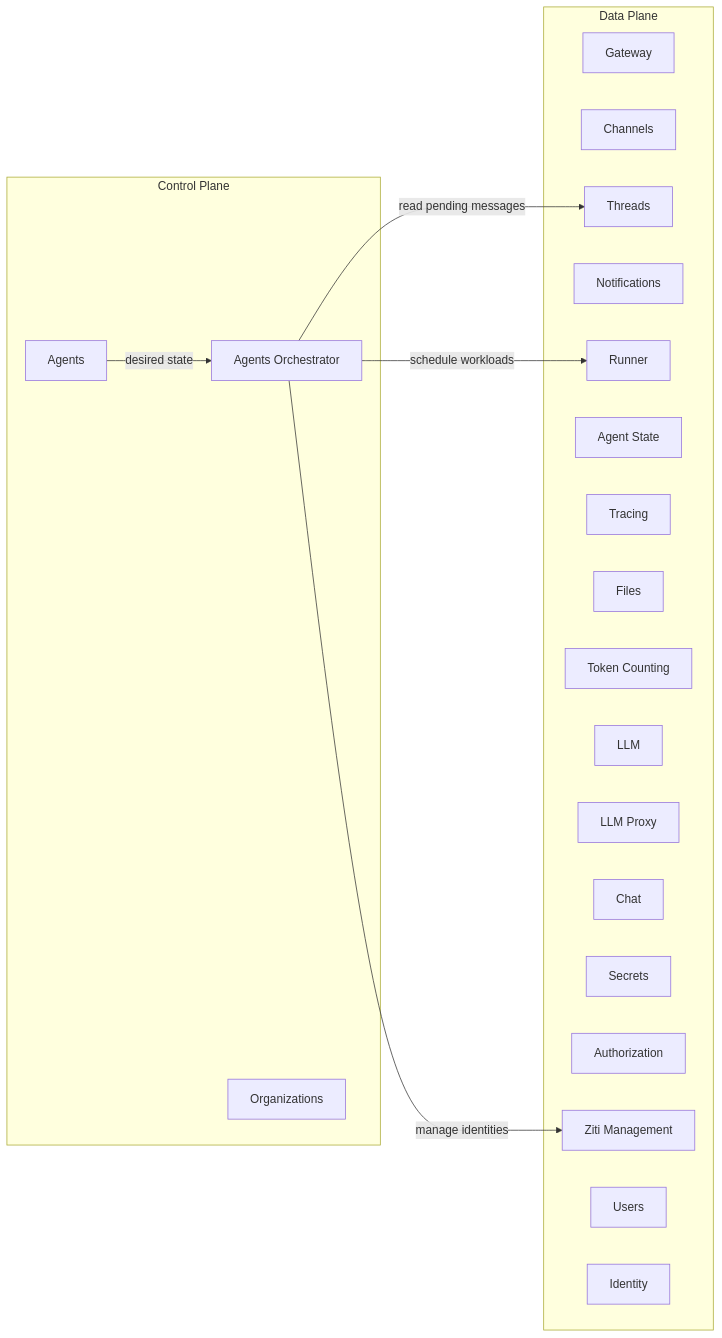
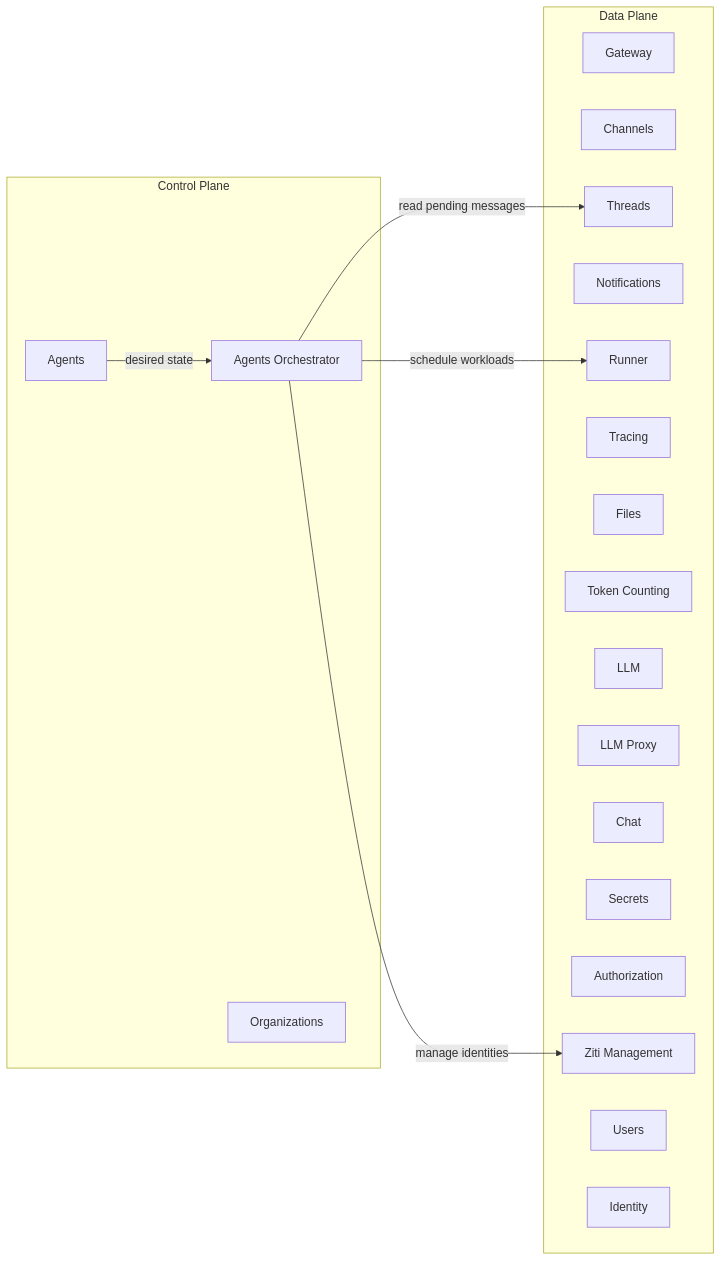
Before and after one commit to agynio/architecture: the first of 2 diagrams in architecture/control-data-plane.md, drawn with Mermaid. The commit also changed other lines of this file and 14 other files, not shown here.

````diff
--- a/architecture/control-data-plane.md
+++ b/architecture/control-data-plane.md
@@ -21,33 +21,32 @@
 ```mermaid
 graph LR
     subgraph Control Plane
         Agents
         AgentsOrch[Agents Orchestrator]
         Organizations
     end
 
     subgraph Data Plane
         Gateway
         Channels
         Threads
         Notifications
         Runner
-        AgentState[Agent State]
         Tracing
         Files
         TokenCounting[Token Counting]
         LLM
         LLMProxy[LLM Proxy]
         Chat
         Secrets
         Authorization
         ZitiMgmt[Ziti Management]
         Users
         Identity
     end
 
     Agents -->|desired state| AgentsOrch
     AgentsOrch -->|schedule workloads| Runner
     AgentsOrch -->|manage identities| ZitiMgmt
     AgentsOrch -->|read pending messages| Threads
 ```
````
